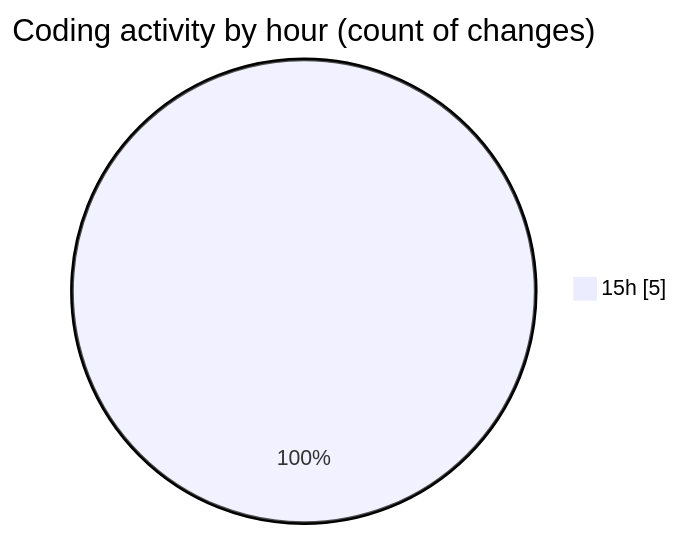
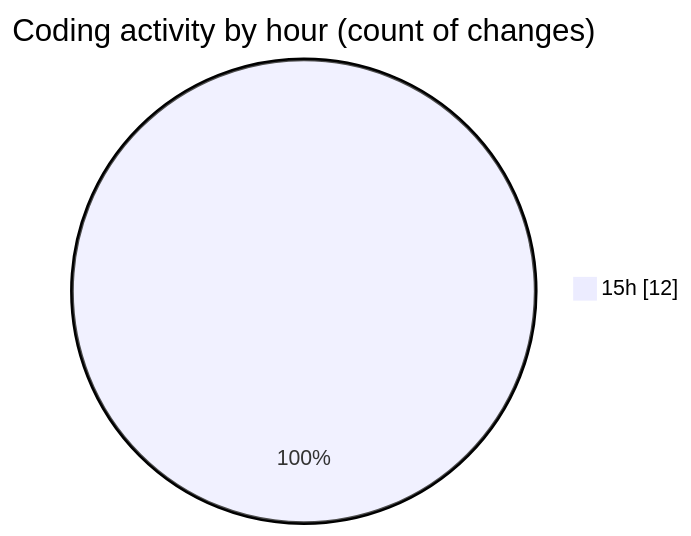
The second of 2 diagrams in 2025-01-26/results-summary-component-main/README.md (NitaiMahat/code-tracking), drawn with Mermaid before and after one commit. The commit also changed other lines of this file and 1 other file, not shown here.

````diff
--- a/2025-01-26/results-summary-component-main/README.md
+++ b/2025-01-26/results-summary-component-main/README.md
@@ -28,5 +30,5 @@
 ```mermaid
 pie showData
 title Coding activity by hour (count of changes)
-"15h" : 5
+"15h" : 12
 ```
````
